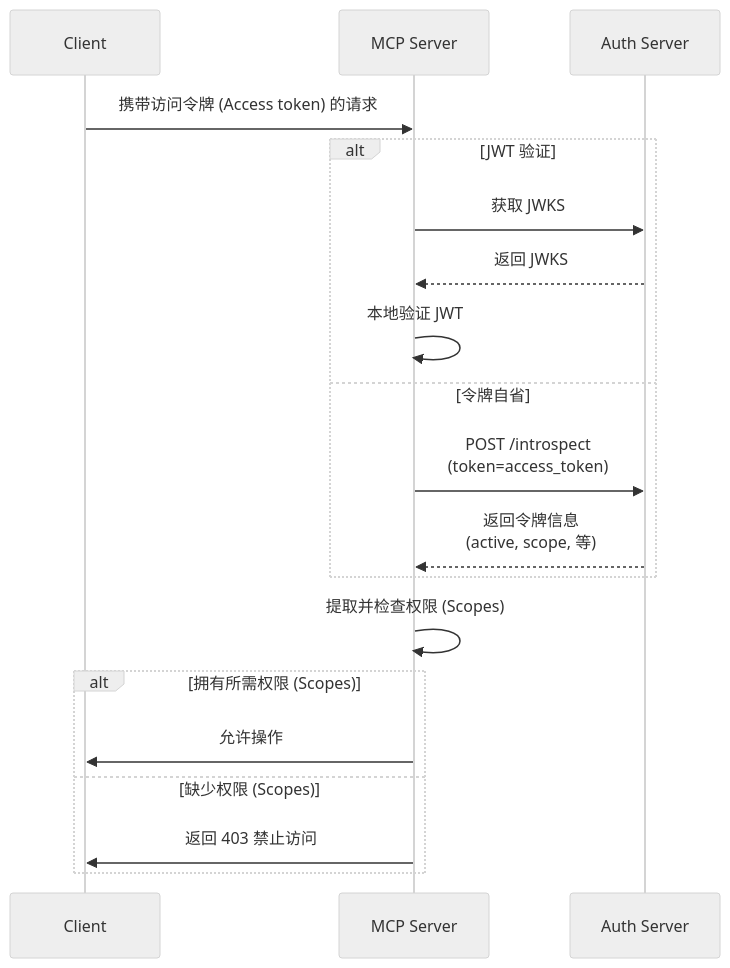
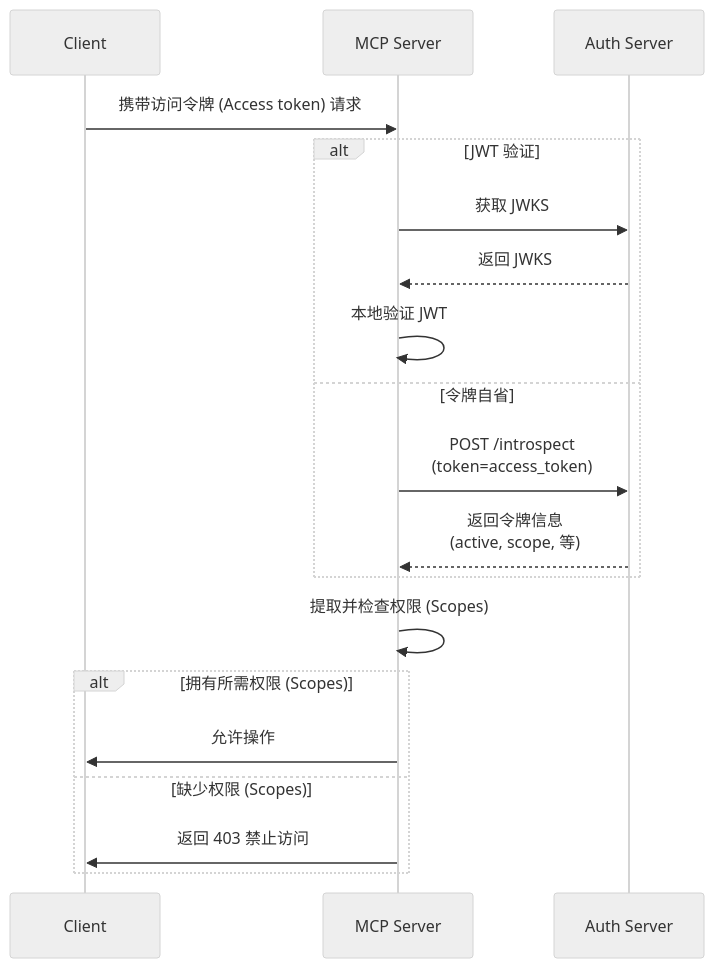
The second of 2 diagrams in i18n/zh-CN/docusaurus-plugin-content-docs/current/tutorials/todo-manager/README.mdx (mcp-auth/docs), drawn with Mermaid (neutral theme) before and after one commit. The commit also changed other lines of this file and 17 other files, not shown here.

````diff
--- a/i18n/zh-CN/docusaurus-plugin-content-docs/current/tutorials/todo-manager/README.mdx
+++ b/i18n/zh-CN/docusaurus-plugin-content-docs/current/tutorials/todo-manager/README.mdx
@@ -120,25 +159,25 @@
 ```mermaid
 sequenceDiagram
     participant Client
     participant MCP Server
     participant Auth Server
 
-    Client->>MCP Server: 携带访问令牌 (Access token) 的请求
+    Client->>MCP Server: 携带访问令牌 (Access token) 请求
 
     alt JWT 验证
         MCP Server->>Auth Server: 获取 JWKS
         Auth Server-->>MCP Server: 返回 JWKS
         MCP Server->>MCP Server: 本地验证 JWT
     else 令牌自省
         MCP Server->>Auth Server: POST /introspect<br/>(token=access_token)
         Auth Server-->>MCP Server: 返回令牌信息<br/>(active, scope, 等)
     end
 
     MCP Server->>MCP Server: 提取并检查权限 (Scopes)
 
     alt 拥有所需权限 (Scopes)
         MCP Server->>Client: 允许操作
     else 缺少权限 (Scopes)
         MCP Server->>Client: 返回 403 禁止访问
     end
 ```
````
